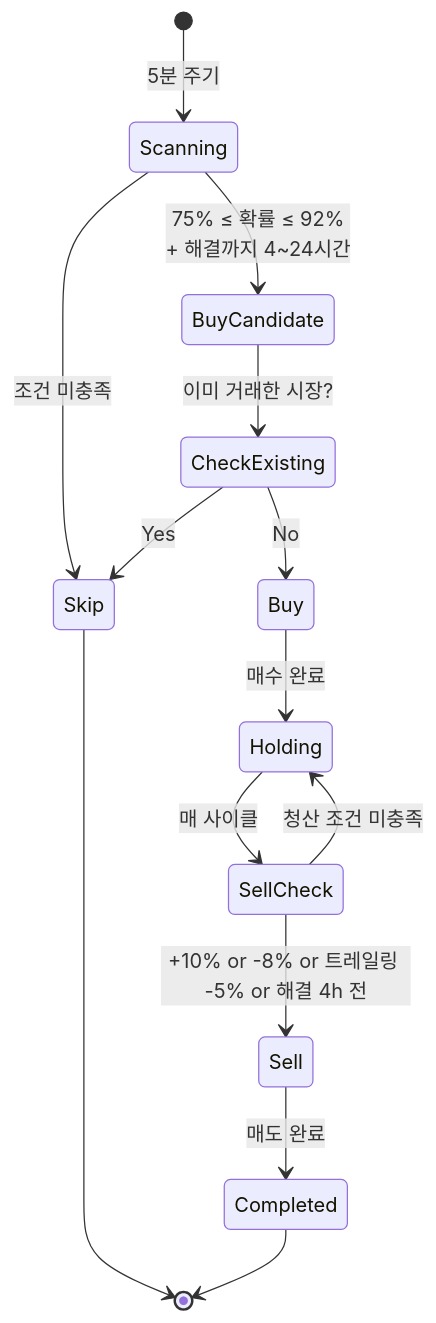
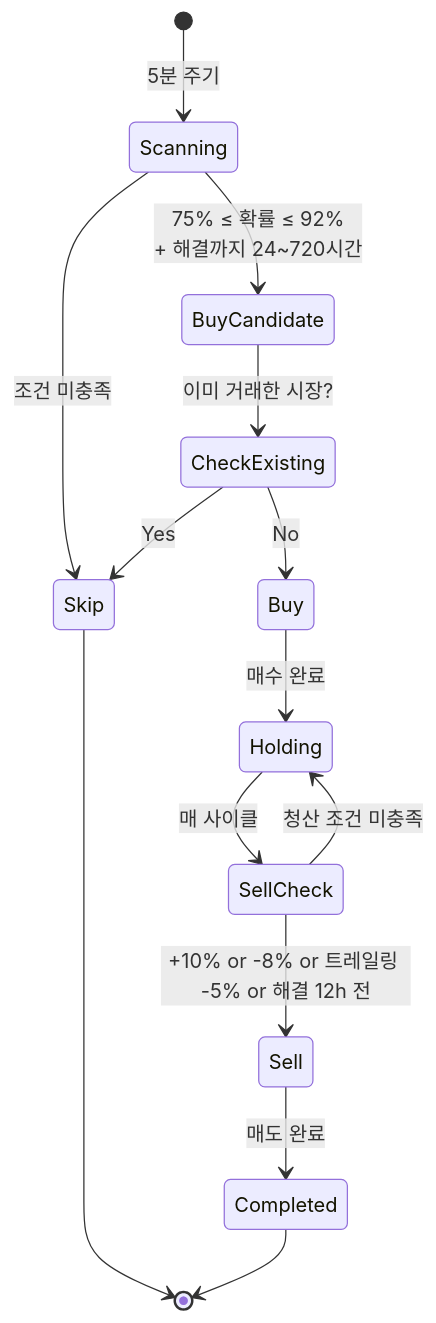
One commit to izowooi/golden-burger changed the second of 2 diagrams in golden-cherry/README.md. Above: the diagram before and after it, drawn with Mermaid. The commit also changed other lines of this file and 27 other files, not shown here.

````diff
--- a/golden-cherry/README.md
+++ b/golden-cherry/README.md
@@ -40,22 +40,22 @@
 ```mermaid
 stateDiagram-v2
     [*] --> Scanning: 5분 주기
 
-    Scanning --> BuyCandidate: 75% ≤ 확률 ≤ 92%<br/>+ 해결까지 4~24시간
+    Scanning --> BuyCandidate: 75% ≤ 확률 ≤ 92%<br/>+ 해결까지 24~720시간
     Scanning --> Skip: 조건 미충족
 
     BuyCandidate --> CheckExisting: 이미 거래한 시장?
     CheckExisting --> Skip: Yes
     CheckExisting --> Buy: No
 
     Buy --> Holding: 매수 완료
 
     Holding --> SellCheck: 매 사이클
     SellCheck --> Holding: 청산 조건 미충족
-    SellCheck --> Sell: +10% or -8% or 트레일링 -5% or 해결 4h 전
+    SellCheck --> Sell: +10% or -8% or 트레일링 -5% or 해결 12h 전
 
     Sell --> Completed: 매도 완료
 
     Skip --> [*]
     Completed --> [*]
 ```
````
